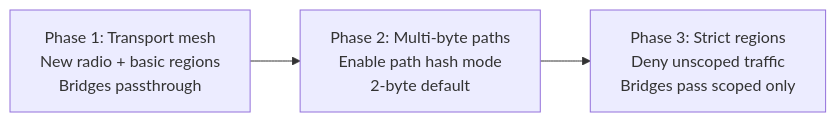
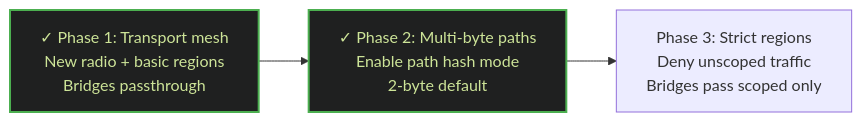
One commit to greentown0/crucible-mesh-site changed the diagram in src/index.md. Above: the diagram before and after it, drawn with Mermaid.

Commit message:
Mark phase 1 and 2 as done

````diff
--- a/src/index.md
+++ b/src/index.md
@@ -31,6 +31,8 @@
 ```mermaid
 flowchart LR
-    P1["Phase 1: Transport mesh\nNew radio + basic regions\nBridges passthrough"] -->
-    P2["Phase 2: Multi-byte paths\nEnable path hash mode\n2-byte default"] -->
+    P1["✓ Phase 1: Transport mesh\nNew radio + basic regions\nBridges passthrough"] -->
+    P2["✓ Phase 2: Multi-byte paths\nEnable path hash mode\n2-byte default"] -->
     P3["Phase 3: Strict regions\nDeny unscoped traffic\nBridges pass scoped only"]
+    style P1 fill:#1f2020,stroke:#4caf50,stroke-width:2px,color:#cde498
+    style P2 fill:#1f2020,stroke:#4caf50,stroke-width:2px,color:#cde498
 ```
````
